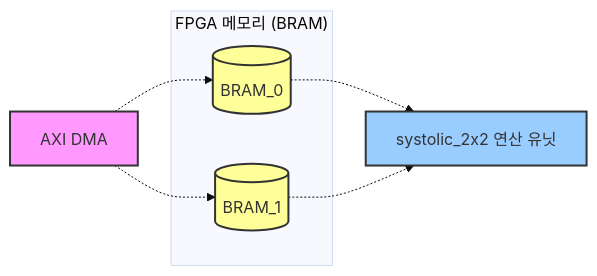
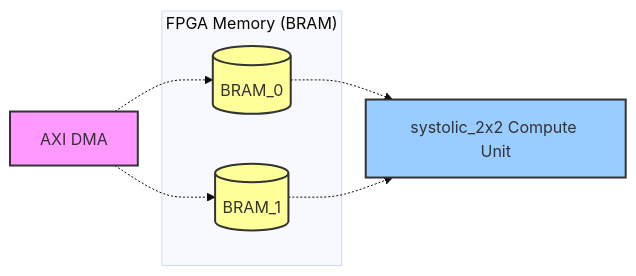
Before and after one commit to hwkim-dev/NPU-FPGA-Transformer-Accelerator-KV260: the first of 3 diagrams in Architecture/Ping-Pong_BRAM_Controller.md, drawn with Mermaid (base theme). The commit also changed other lines of this file and 2 other files, not shown here.

First line of the commit message:
docs: Translate Architecture docs to natural English

````diff
--- a/Architecture/Ping-Pong_BRAM_Controller.md
+++ b/Architecture/Ping-Pong_BRAM_Controller.md
@@ -68,22 +74,22 @@
 ```mermaid
 graph LR
     DMA[AXI DMA]:::input
     
-    subgraph "FPGA 메모리 (BRAM)"
+    subgraph "FPGA Memory (BRAM)"
         B0[("BRAM_0")]:::memory
         B1[("BRAM_1")]:::memory
     end
     
-    SYS[systolic_2x2 연산 유닛]:::logic
+    SYS[systolic_2x2 Compute Unit]:::logic
 
-    %% 스타일 정의
+    %% Style definitions
     classDef input fill:#f9f,stroke:#333,stroke-width:2px;
     classDef memory fill:#ff9,stroke:#333,stroke-width:2px;
     classDef logic fill:#9cf,stroke:#333,stroke-width:2px;
 
-    %% 연결선 (개념적)
+    %% Conceptual connections
     DMA -.-> B0
     DMA -.-> B1
     B0 -.-> SYS
     B1 -.-> SYS
 ```
````
